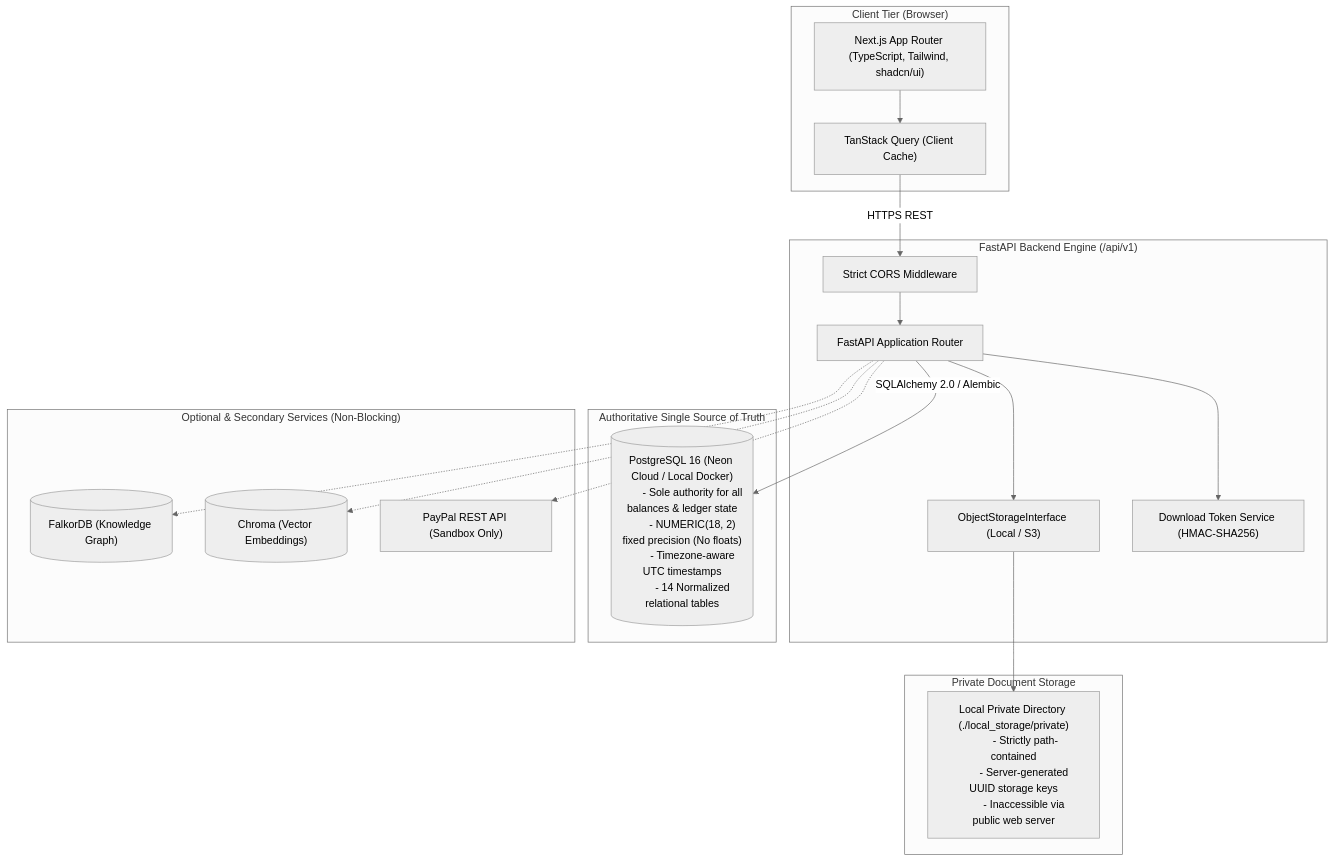
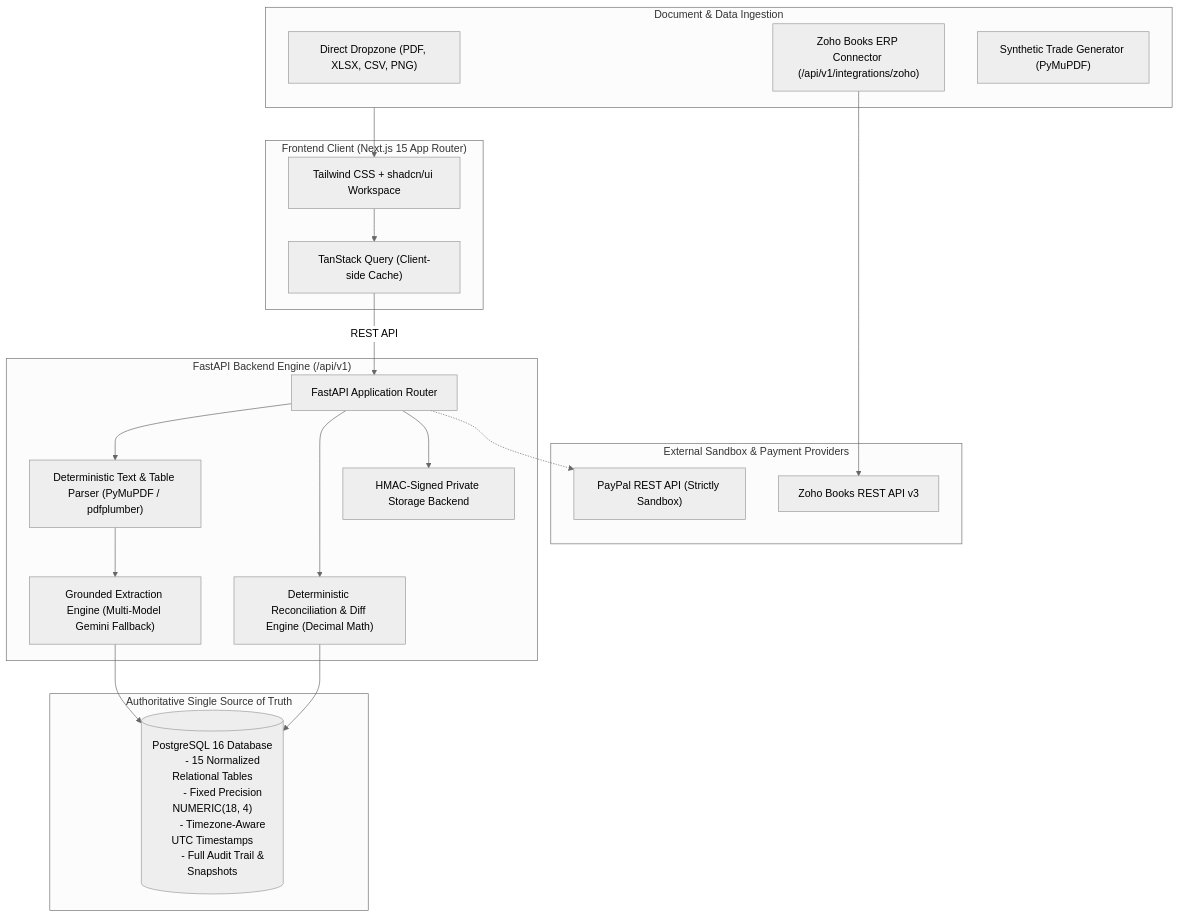
One commit to Bhim100/ProcureMind changed the diagram in README.md. Above: the diagram before and after it, drawn with Mermaid (neutral theme). The commit also changed other lines of this file and 6 other files, not shown here.

````diff
--- a/README.md
+++ b/README.md
@@ -48,47 +29,43 @@
 ```mermaid
 flowchart TD
-    subgraph ClientTier ["Client Tier (Browser)"]
-        UI["Next.js App Router (TypeScript, Tailwind, shadcn/ui)"]
-        QueryClient["TanStack Query (Client Cache)"]
+    subgraph ClientTier ["Frontend Client (Next.js 15 App Router)"]
+        UI["Tailwind CSS + shadcn/ui Workspace"]
+        QueryClient["TanStack Query (Client-side Cache)"]
         UI --> QueryClient
+    end
+
+    subgraph IngestionSources ["Document & Data Ingestion"]
+        Upload["Direct Dropzone (PDF, XLSX, CSV, PNG)"]
+        Zoho["Zoho Books ERP Connector (/api/v1/integrations/zoho)"]
+        Simulate["Synthetic Trade Generator (PyMuPDF)"]
     end
 
     subgraph APITier ["FastAPI Backend Engine (/api/v1)"]
         Router["FastAPI Application Router"]
-        CORSMiddleware["Strict CORS Middleware"]
-        AuthStorageService["ObjectStorageInterface (Local / S3)"]
-        DownloadTokenService["Download Token Service (HMAC-SHA256)"]
-        
-        CORSMiddleware --> Router
-        Router --> AuthStorageService
-        Router --> DownloadTokenService
+        ParseSvc["Deterministic Text & Table Parser (PyMuPDF / pdfplumber)"]
+        LLMSvc["Grounded Extraction Engine (Multi-Model Gemini Fallback)"]
+        ReconEngine["Deterministic Reconciliation & Diff Engine (Decimal Math)"]
+        StorageSvc["HMAC-Signed Private Storage Backend"]
     end
 
     subgraph AuthoritativePersistence ["Authoritative Single Source of Truth"]
-        Postgres[("PostgreSQL 16 (Neon Cloud / Local Docker)
-        - Sole authority for all balances & ledger state
-        - NUMERIC(18, 2) fixed precision (No floats)
-        - Timezone-aware UTC timestamps
-        - 14 Normalized relational tables")]
+        Postgres[("PostgreSQL 16 Database
+        - 15 Normalized Relational Tables
+        - Fixed Precision NUMERIC(18, 4)
+        - Timezone-Aware UTC Timestamps
+        - Full Audit Trail & Snapshots")]
     end
 
-    subgraph SecureStorage ["Private Document Storage"]
-        LocalStorage["Local Private Directory (./local_storage/private)
-        - Strictly path-contained
-        - Server-generated UUID storage keys
-        - Inaccessible via public web server"]
+    subgraph ExternalServices ["External Sandbox & Payment Providers"]
+        PayPal["PayPal REST API (Strictly Sandbox)"]
+        ZohoAPI["Zoho Books REST API v3"]
     end
 
-    subgraph SecondaryStores ["Optional & Secondary Services (Non-Blocking)"]
-        FalkorDB[("FalkorDB (Knowledge Graph)")]
-        Chroma[("Chroma (Vector Embeddings)")]
-        PayPalSandbox["PayPal REST API (Sandbox Only)"]
-    end
-
-    QueryClient -->|HTTPS REST| CORSMiddleware
-    Router -->|SQLAlchemy 2.0 / Alembic| Postgres
-    AuthStorageService --> LocalStorage
-    Router -.-> FalkorDB
-    Router -.-> Chroma
-    Router -.-> PayPalSandbox
+    IngestionSources --> UI
+    QueryClient -->|REST API| Router
+    Router --> ParseSvc --> LLMSvc --> Postgres
+    Router --> ReconEngine --> Postgres
+    Router --> StorageSvc
+    Router -.-> PayPal
+    Zoho --> ZohoAPI
 ```
````
